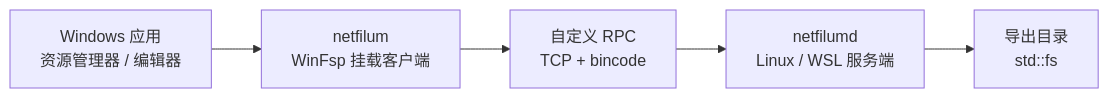
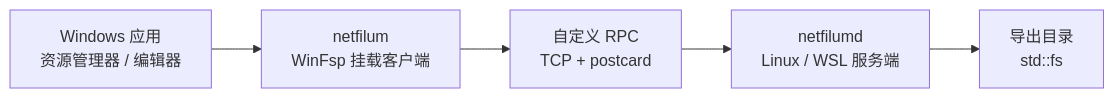
Before and after one commit to zetaloop/netfilum: the diagram in README.md, drawn with Mermaid. The commit also changed other lines of this file and 4 other files, not shown here.

Commit message:
refactor: switch RPC codec to postcard

````diff
--- a/README.md
+++ b/README.md
@@ -14,7 +14,7 @@
 ```mermaid
 flowchart LR
     A["Windows 应用<br/>资源管理器 / 编辑器"] --> B["netfilum<br/>WinFsp 挂载客户端"]
-    B --> C["自定义 RPC<br/>TCP + bincode"]
+    B --> C["自定义 RPC<br/>TCP + postcard"]
     C --> D["netfilumd<br/>Linux / WSL 服务端"]
     D --> E["导出目录<br/>std::fs"]
 ```
````
